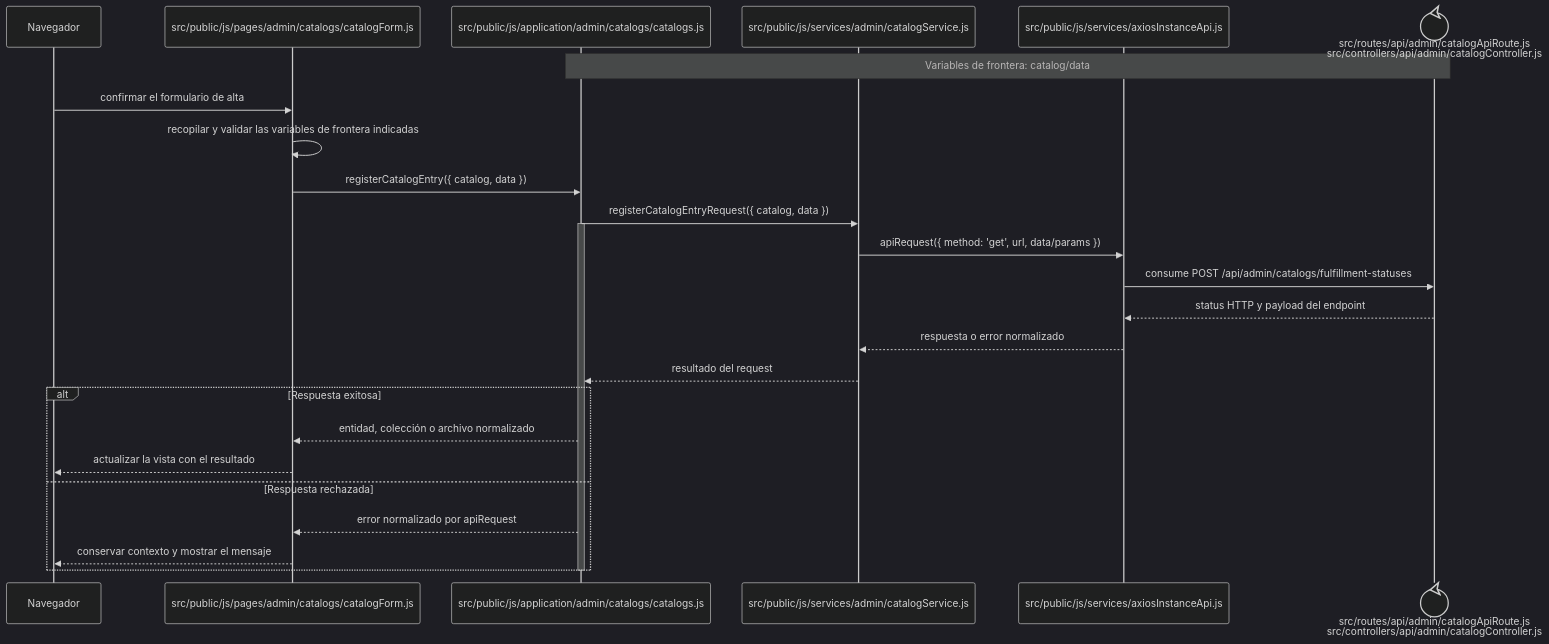
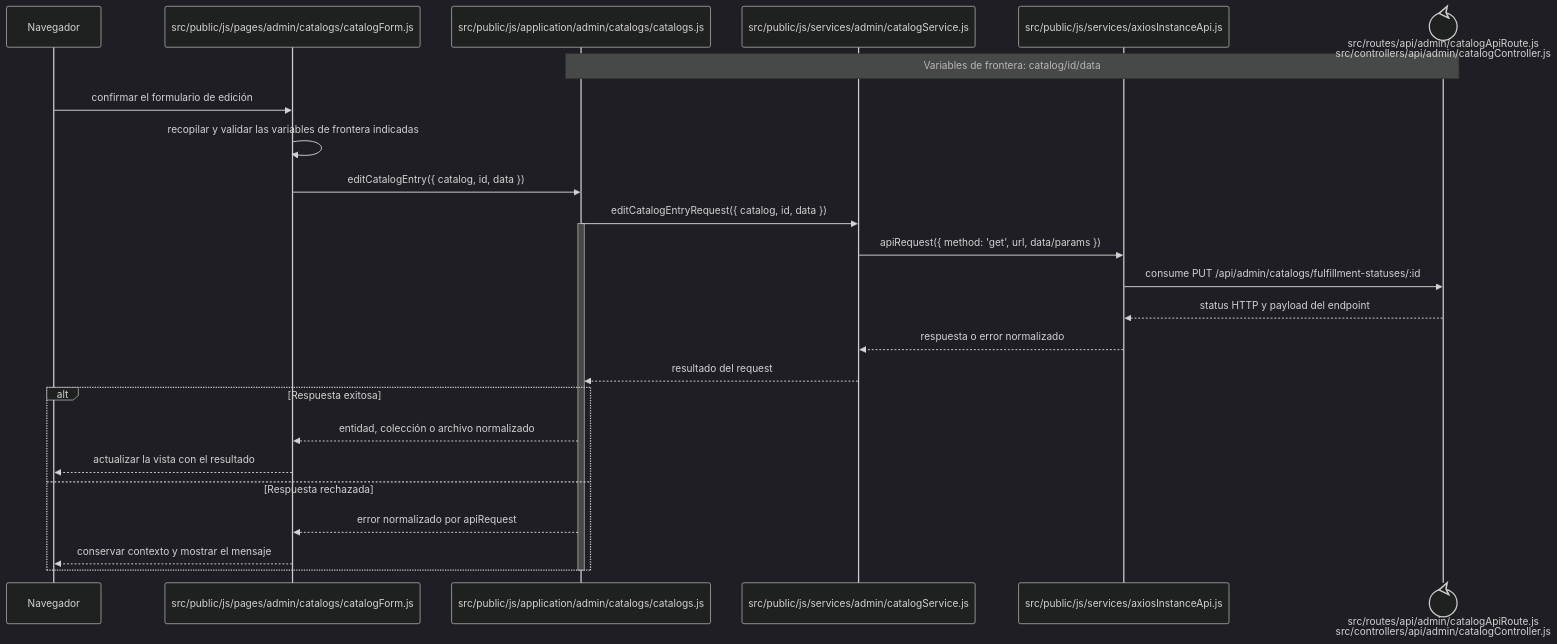
Before and after one commit to gpgsistemas01/nexus: the diagram in docs/architecture/frontend-code-sequences/catalogs/cu-cat-26.md, drawn with Mermaid (dark theme). The commit also changed other lines of this file and 167 other files, not shown here.

````diff
--- a/docs/architecture/frontend-code-sequences/catalogs/cu-cat-26.md
+++ b/docs/architecture/frontend-code-sequences/catalogs/cu-cat-26.md
@@ -6,29 +6,29 @@
 ```mermaid
 sequenceDiagram
     participant Browser as Navegador
     participant View as src/public/js/pages/admin/catalogs/catalogForm.js
     participant Application as src/public/js/application/admin/catalogs/catalogs.js
     participant Request as src/public/js/services/admin/catalogService.js
     participant HTTP as src/public/js/services/axiosInstanceApi.js
     participant Transport@{ "type": "control" } as src/routes/api/admin/catalogApiRoute.js<br/>src/controllers/api/admin/catalogController.js
-    Note over Application,Transport: Variables de frontera: catalog/data
+    Note over Application,Transport: Variables de frontera: catalog/id/data
 
-    Browser->>View: confirmar el formulario de alta
+    Browser->>View: confirmar el formulario de edición
     View->>View: recopilar y validar las variables de frontera indicadas
-    View->>Application: registerCatalogEntry({ catalog, data })
-    Application->>Request: registerCatalogEntryRequest({ catalog, data })
+    View->>Application: editCatalogEntry({ catalog, id, data })
+    Application->>Request: editCatalogEntryRequest({ catalog, id, data })
     activate Application
     Request->>HTTP: apiRequest({ method: 'get', url, data/params })
-    HTTP->>Transport: consume POST /api/admin/catalogs/fulfillment-statuses
+    HTTP->>Transport: consume PUT /api/admin/catalogs/fulfillment-statuses/:id
     Transport-->>HTTP: status HTTP y payload del endpoint
     HTTP-->>Request: respuesta o error normalizado
     Request-->>Application: resultado del request
     alt Respuesta exitosa
         Application-->>View: entidad, colección o archivo normalizado
         View-->>Browser: actualizar la vista con el resultado
     else Respuesta rechazada
         Application-->>View: error normalizado por apiRequest
         View-->>Browser: conservar contexto y mostrar el mensaje
     end
     deactivate Application
 ```
````
